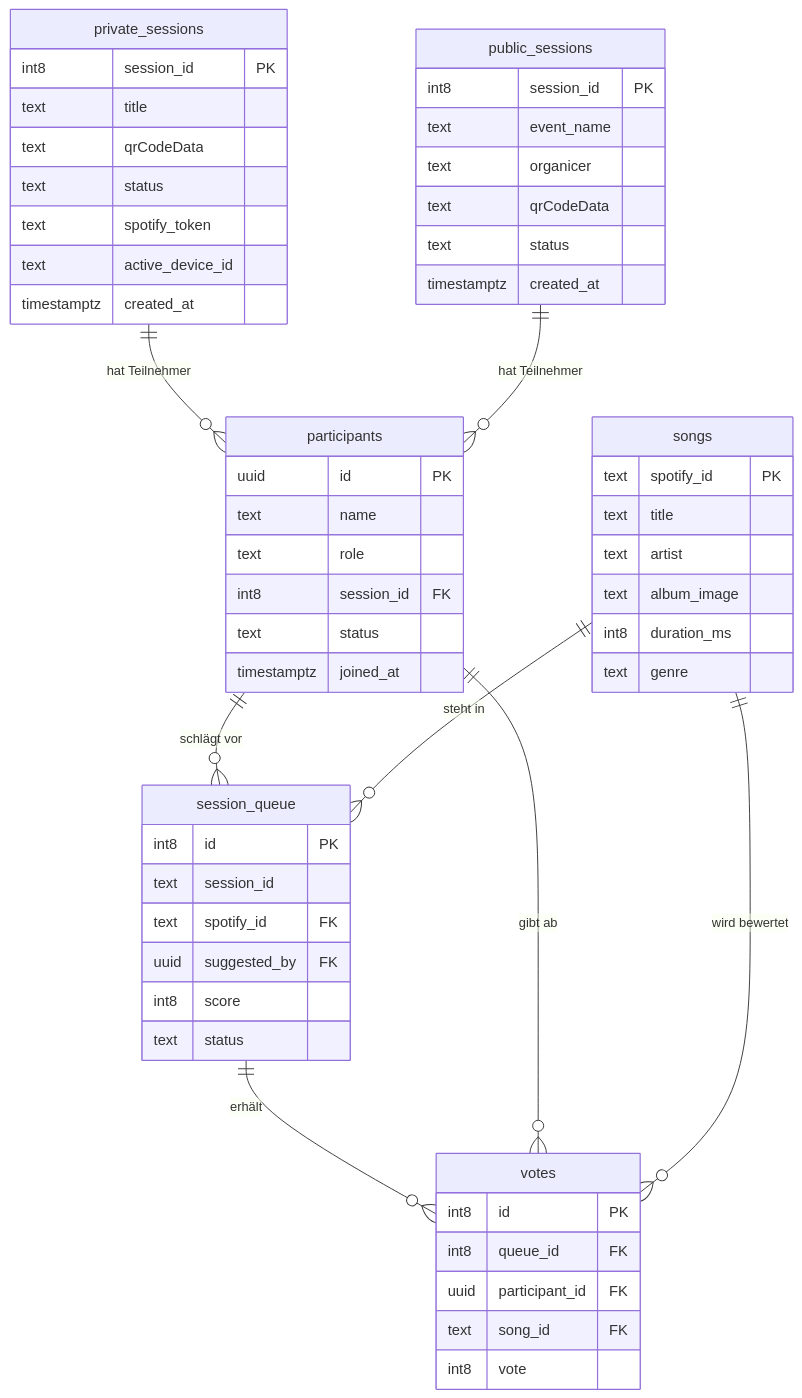
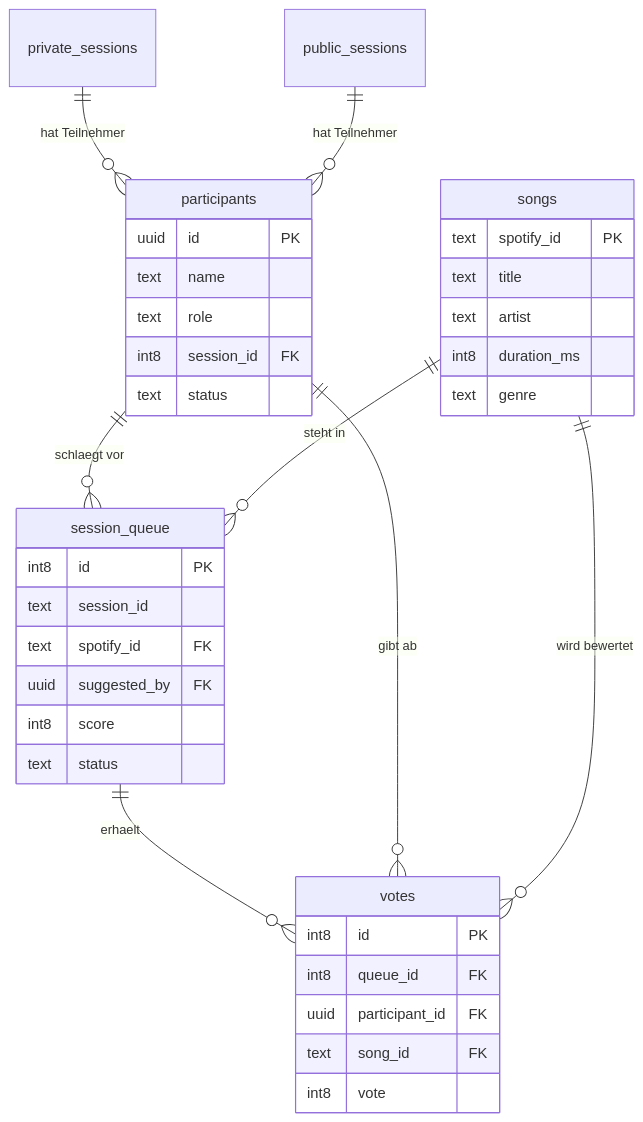
Before and after one commit to christian-hnl/UpNext: the second of 2 diagrams in Projektmanagment/03_pflichtenheft.md, drawn with Mermaid. The commit also changed other lines of this file and 8 other files, not shown here.

````diff
--- a/Projektmanagment/03_pflichtenheft.md
+++ b/Projektmanagment/03_pflichtenheft.md
@@ -305,59 +265,40 @@
 ```mermaid
 erDiagram
     private_sessions ||--o{ participants : "hat Teilnehmer"
     public_sessions  ||--o{ participants : "hat Teilnehmer"
-    participants ||--o{ session_queue : "schlägt vor"
+    participants ||--o{ session_queue : "schlaegt vor"
     songs ||--o{ session_queue : "steht in"
-    session_queue ||--o{ votes : "erhält"
+    session_queue ||--o{ votes : "erhaelt"
     participants ||--o{ votes : "gibt ab"
     songs ||--o{ votes : "wird bewertet"
 
-    private_sessions {
-        int8 session_id PK
-        text title
-        text qrCodeData
-        text status
-        text spotify_token
-        text active_device_id
-        timestamptz created_at
-    }
-    public_sessions {
-        int8 session_id PK
-        text event_name
-        text organicer
-        text qrCodeData
-        text status
-        timestamptz created_at
-    }
     participants {
         uuid id PK
         text name
         text role
         int8 session_id FK
         text status
-        timestamptz joined_at
     }
     songs {
         text spotify_id PK
         text title
         text artist
-        text album_image
         int8 duration_ms
         text genre
     }
     session_queue {
         int8 id PK
         text session_id
         text spotify_id FK
         uuid suggested_by FK
         int8 score
         text status
     }
     votes {
         int8 id PK
         int8 queue_id FK
         uuid participant_id FK
         text song_id FK
         int8 vote
     }
 ```
````
